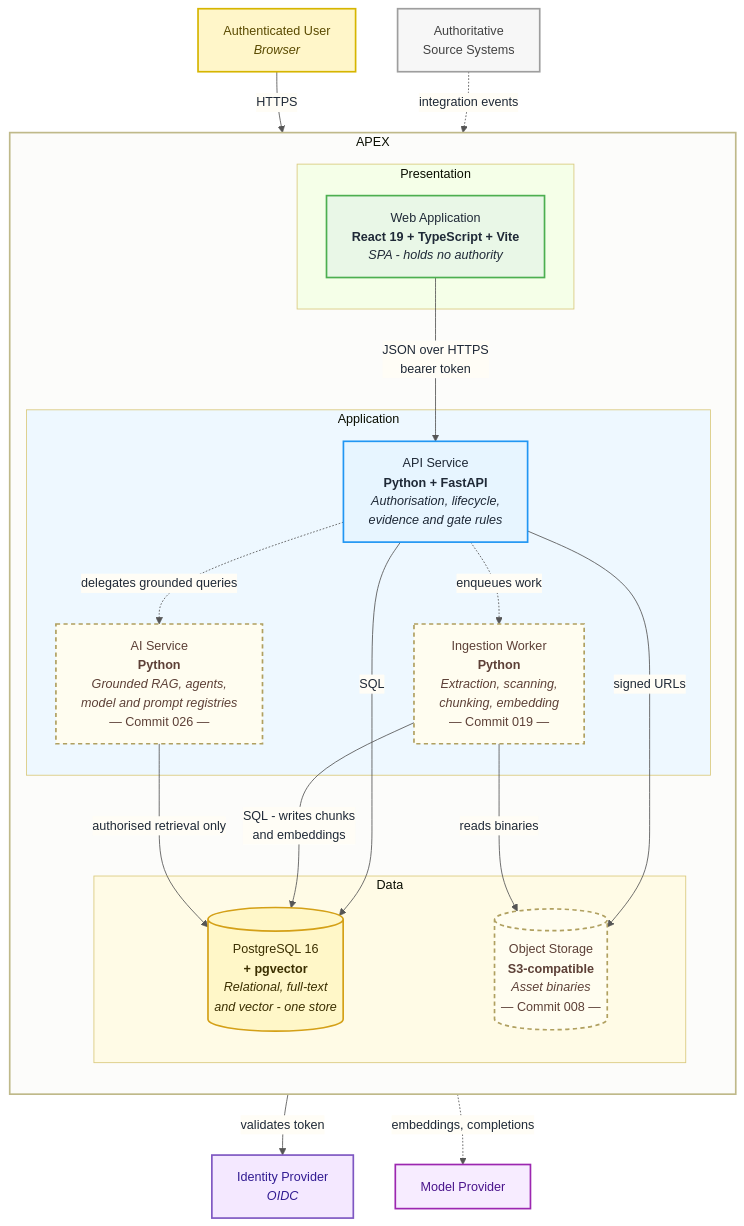
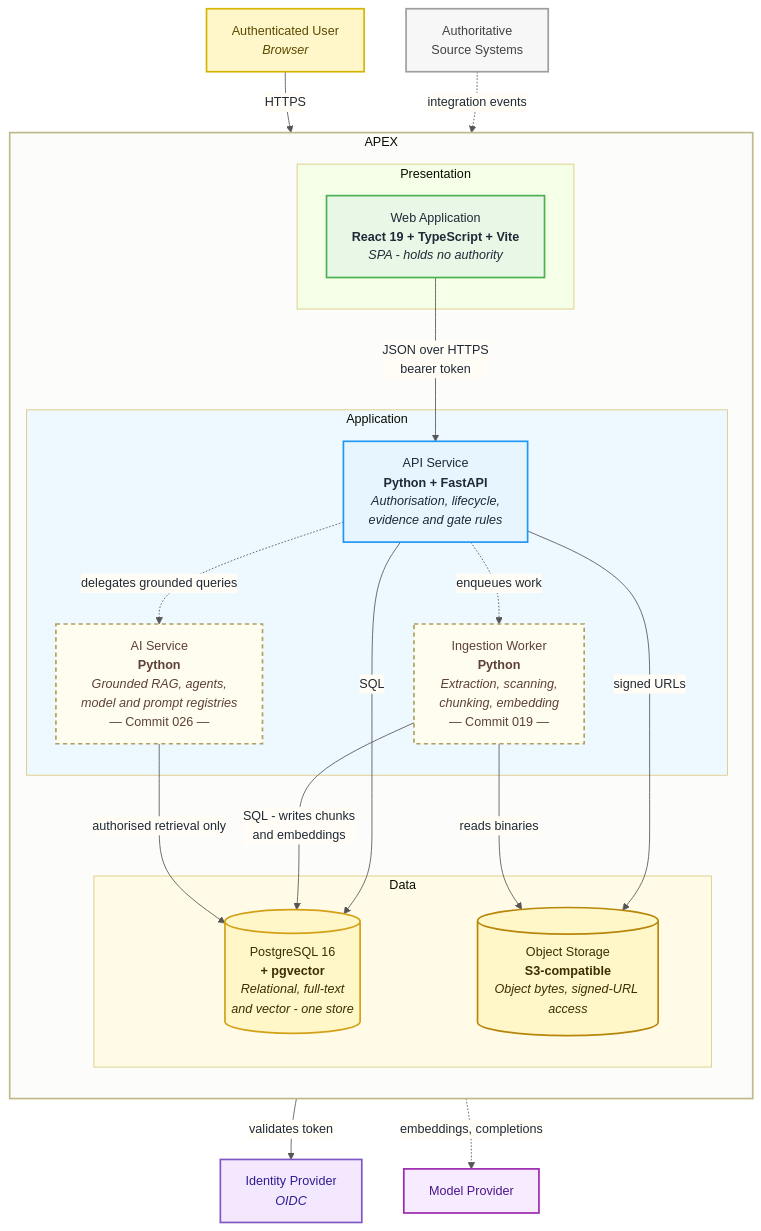
Before and after one commit to SiddharthS-Dev/apex: the diagram in docs/architecture/containers.md, drawn with Mermaid. The commit also changed other lines of this file and 19 other files, not shown here.

First line of the commit message:
feat: implement object storage

```diff
--- a/docs/architecture/containers.md
+++ b/docs/architecture/containers.md
@@ -49,7 +49,7 @@
 
         subgraph data["Data"]
             pg[("PostgreSQL 16<br/><b>+ pgvector</b><br/><i>Relational, full-text<br/>and vector - one store</i>")]
-            obj[("Object Storage<br/><b>S3-compatible</b><br/><i>Asset binaries</i><br/>— Commit 008 —")]
+            obj[("Object Storage<br/><b>S3-compatible</b><br/><i>Object bytes, signed-URL access</i>")]
         end
     end
 
@@ -88,7 +88,8 @@
     class spa application;
     class api service;
     class pg database;
-    class worker,aisvc,obj planned;
+    class obj storage;
+    class worker,aisvc planned;
     class model ai;
     class idp security;
     class src external;
```
